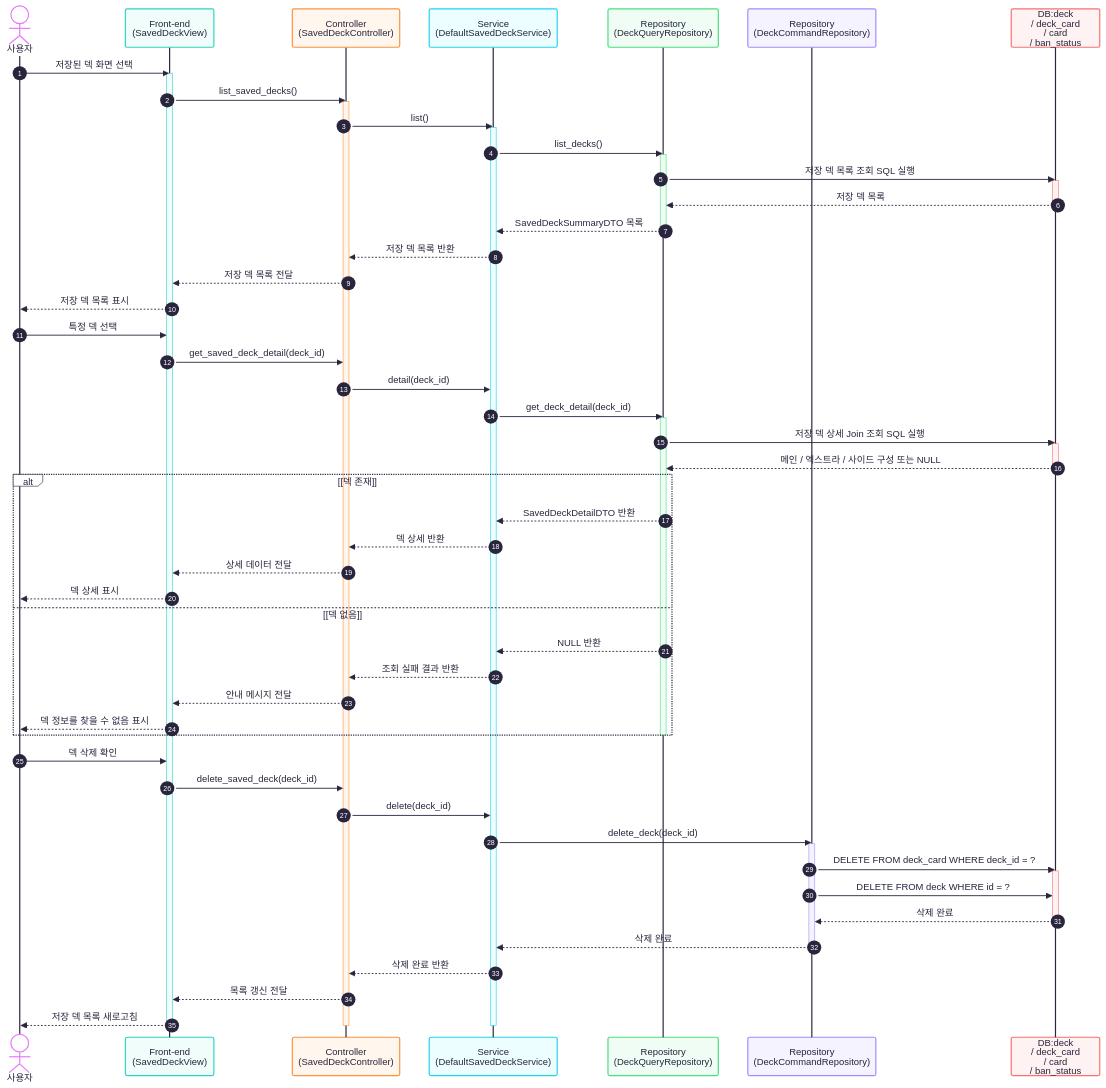
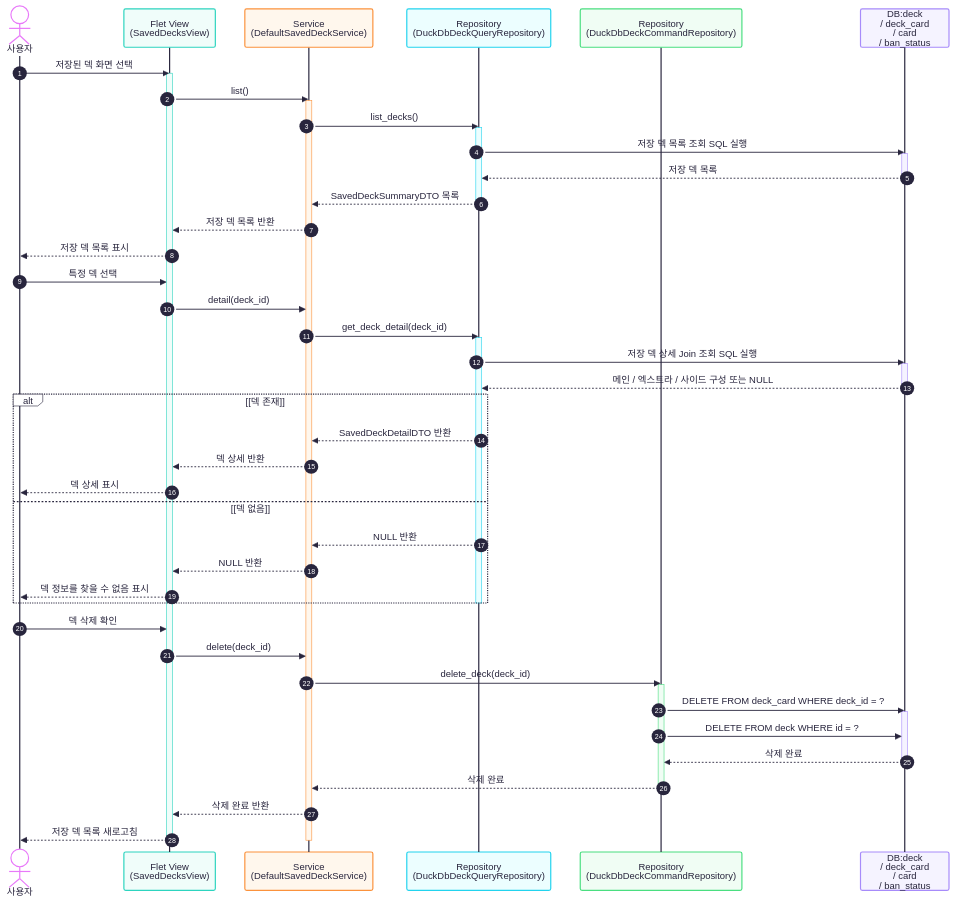
One commit to jsh42672/db_02_duckdb changed the diagram in docs/mermaid/09_seq_uc06_saved_deck_query_delete.mmd. Above: the diagram before and after it, drawn with Mermaid. The commit also changed 47 other files, not shown here.

```diff
--- a/docs/mermaid/09_seq_uc06_saved_deck_query_delete.mmd
+++ b/docs/mermaid/09_seq_uc06_saved_deck_query_delete.mmd
@@ -1,75 +1,65 @@
 ---
 config:
   theme: redux-color
 ---
 sequenceDiagram
     autonumber
 
     actor User as 사용자
-    participant FE as Front-end<br/>(SavedDeckView)
-    participant Ctrl as Controller<br/>(SavedDeckController)
+    participant FE as Flet View<br/>(SavedDecksView)
     participant Svc as Service<br/>(DefaultSavedDeckService)
-    participant QueryRepo as Repository<br/>(DeckQueryRepository)
-    participant CmdRepo as Repository<br/>(DeckCommandRepository)
+    participant QueryRepo as Repository<br/>(DuckDbDeckQueryRepository)
+    participant CmdRepo as Repository<br/>(DuckDbDeckCommandRepository)
     participant DB as DB:deck<br/>/ deck_card<br/>/ card<br/>/ ban_status
 
     User->>FE: 저장된 덱 화면 선택
     activate FE
-    FE->>Ctrl: list_saved_decks()
-    activate Ctrl
-    Ctrl->>Svc: list()
+    FE->>Svc: list()
     activate Svc
     Svc->>QueryRepo: list_decks()
     activate QueryRepo
     QueryRepo->>DB: 저장 덱 목록 조회 SQL 실행
     activate DB
     DB-->>QueryRepo: 저장 덱 목록
     deactivate DB
     QueryRepo-->>Svc: SavedDeckSummaryDTO 목록
     deactivate QueryRepo
-    Svc-->>Ctrl: 저장 덱 목록 반환
-    Ctrl-->>FE: 저장 덱 목록 전달
+    Svc-->>FE: 저장 덱 목록 반환
     FE-->>User: 저장 덱 목록 표시
 
     User->>FE: 특정 덱 선택
-    FE->>Ctrl: get_saved_deck_detail(deck_id)
-    Ctrl->>Svc: detail(deck_id)
+    FE->>Svc: detail(deck_id)
     Svc->>QueryRepo: get_deck_detail(deck_id)
     activate QueryRepo
     QueryRepo->>DB: 저장 덱 상세 Join 조회 SQL 실행
     activate DB
     DB-->>QueryRepo: 메인 / 엑스트라 / 사이드 구성 또는 NULL
     deactivate DB
 
     alt [덱 존재]
         QueryRepo-->>Svc: SavedDeckDetailDTO 반환
-        Svc-->>Ctrl: 덱 상세 반환
-        Ctrl-->>FE: 상세 데이터 전달
+        Svc-->>FE: 덱 상세 반환
         FE-->>User: 덱 상세 표시
     else [덱 없음]
         QueryRepo-->>Svc: NULL 반환
-        Svc-->>Ctrl: 조회 실패 결과 반환
-        Ctrl-->>FE: 안내 메시지 전달
+        Svc-->>FE: NULL 반환
         FE-->>User: 덱 정보를 찾을 수 없음 표시
     end
     deactivate QueryRepo
 
     User->>FE: 덱 삭제 확인
-    FE->>Ctrl: delete_saved_deck(deck_id)
-    Ctrl->>Svc: delete(deck_id)
+    FE->>Svc: delete(deck_id)
     Svc->>CmdRepo: delete_deck(deck_id)
     activate CmdRepo
     CmdRepo->>DB: DELETE FROM deck_card WHERE deck_id = ?
     activate DB
     CmdRepo->>DB: DELETE FROM deck WHERE id = ?
     DB-->>CmdRepo: 삭제 완료
     deactivate DB
     CmdRepo-->>Svc: 삭제 완료
     deactivate CmdRepo
-    Svc-->>Ctrl: 삭제 완료 반환
-    Ctrl-->>FE: 목록 갱신 전달
+    Svc-->>FE: 삭제 완료 반환
     FE-->>User: 저장 덱 목록 새로고침
 
     deactivate Svc
-    deactivate Ctrl
     deactivate FE
```
